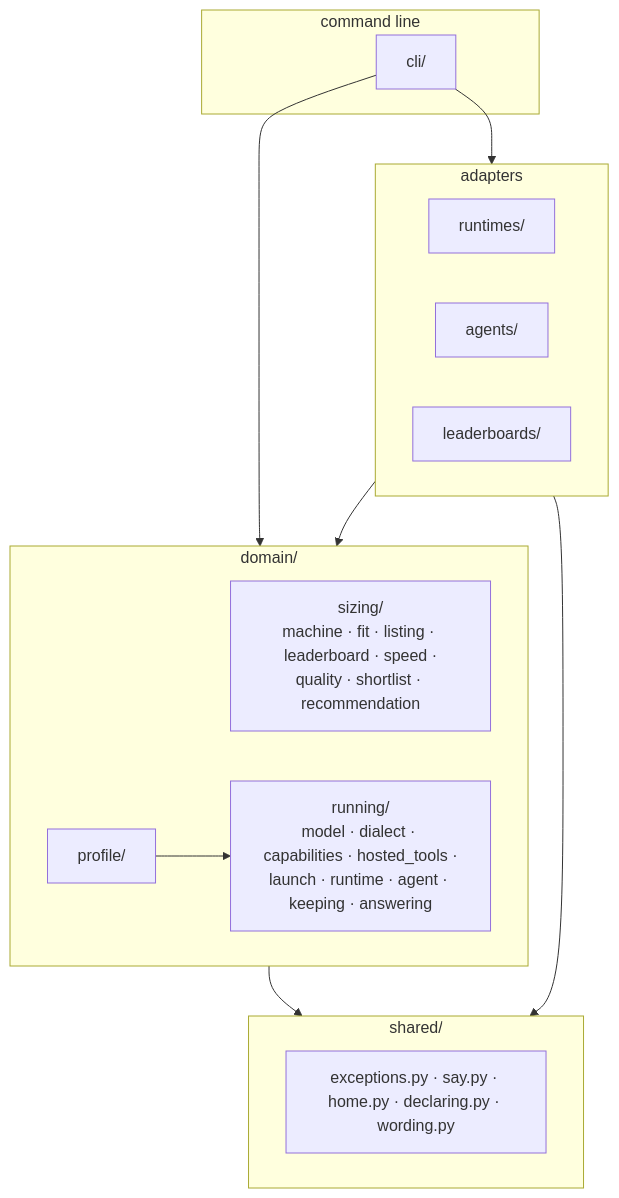
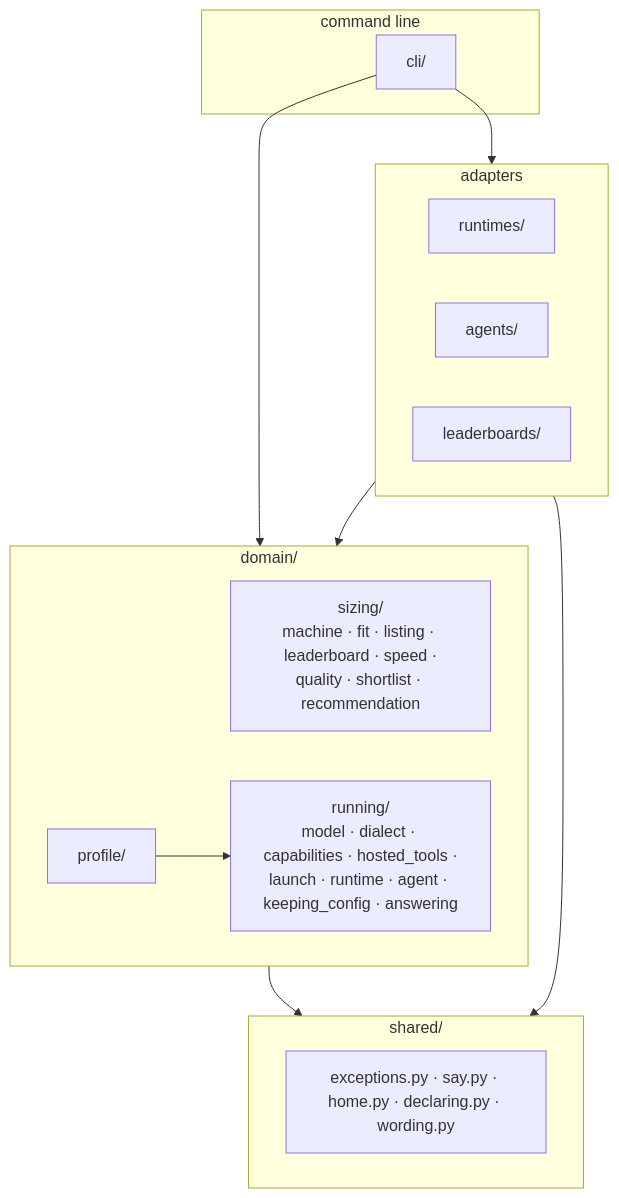
One commit to pvardanis/offgrid changed the first of 3 diagrams in docs/architecture.md. Above: the diagram before and after it, drawn with Mermaid. The commit also changed other lines of this file and 5 other files, not shown here.

````diff
--- a/docs/architecture.md
+++ b/docs/architecture.md
@@ -13,26 +13,26 @@
 ```mermaid
 flowchart TD
     subgraph cmd [command line]
         cli["cli/"]
     end
     subgraph adapters [adapters]
         rt["runtimes/"]
         ag["agents/"]
         lb["leaderboards/"]
     end
     subgraph domain ["domain/"]
         sizing["sizing/<br/>machine · fit · listing · leaderboard · speed ·<br/>quality · shortlist · recommendation"]
-        running["running/<br/>model · dialect · capabilities · hosted_tools ·<br/>launch · runtime · agent · keeping · answering"]
+        running["running/<br/>model · dialect · capabilities · hosted_tools ·<br/>launch · runtime · agent · keeping_config · answering"]
         profile["profile/"]
     end
     subgraph shared ["shared/"]
         sh["exceptions.py · say.py · home.py · declaring.py · wording.py"]
     end
 
     cli --> adapters
     cli --> domain
     adapters --> domain
     domain --> shared
     adapters --> shared
     profile --> running
 ```
````
